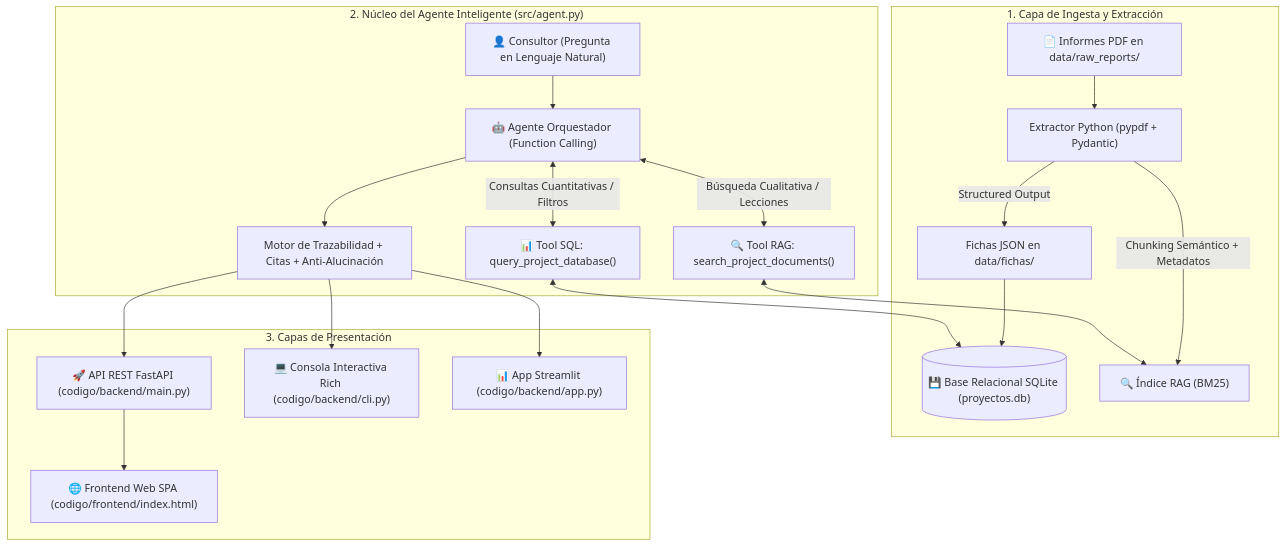
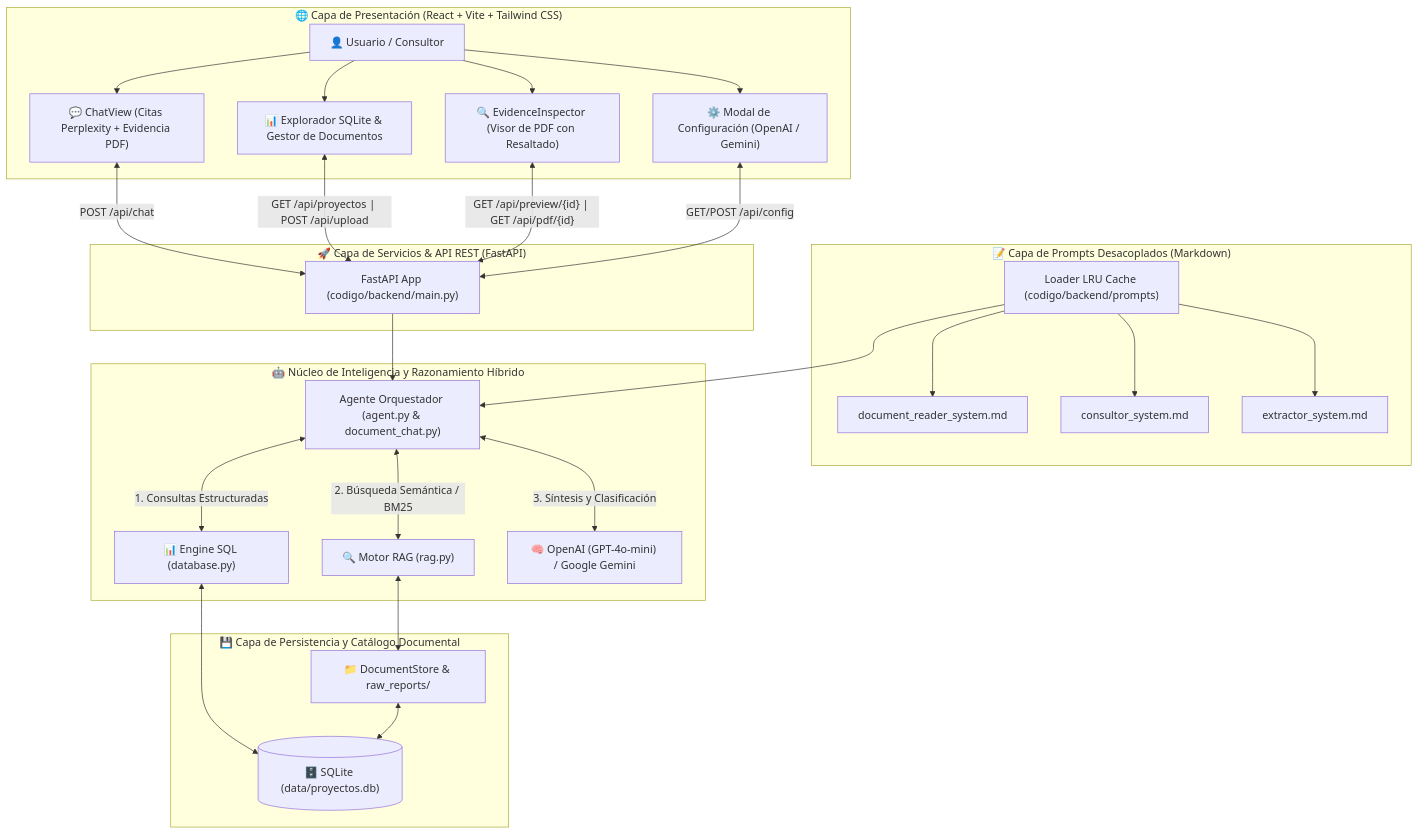
One commit to felipevillamil200/procesa-ai-consulting-agent changed the diagram in README.md. Above: the diagram before and after it, drawn with Mermaid. The commit also changed other lines of this file, not shown here.

Commit message:
docs: actualizar seccion 2 arquitectura y seccion 3 estructura de codigo en README.md

````diff
--- a/README.md
+++ b/README.md
@@ -56,28 +56,41 @@
 ```mermaid
 flowchart TD
-    subgraph Ingestion ["1. Capa de Ingesta y Extracción"]
-        PDFs["📄 Informes PDF en data/raw_reports/"] --> Extractor["Extractor Python (pypdf + Pydantic)"]
-        Extractor -->|"Structured Output"| JSONs["Fichas JSON en data/fichas/"]
-        JSONs --> SQLite[("💾 Base Relacional SQLite (proyectos.db)")]
-        Extractor -->|"Chunking Semántico + Metadatos"| RAGIndex["🔍 Índice RAG (BM25)"]
+    subgraph UI ["🌐 Capa de Presentación (React + Vite + Tailwind CSS)"]
+        User["👤 Usuario / Consultor"] --> ChatUI["💬 ChatView (Citas Perplexity + Evidencia PDF)"]
+        User --> ExplorerUI["📊 Explorador SQLite & Gestor de Documentos"]
+        User --> InspectorUI["🔍 EvidenceInspector (Visor de PDF con Resaltado)"]
+        User --> ConfigUI["⚙️ Modal de Configuración (OpenAI / Gemini)"]
     end
 
-    subgraph AgentCore ["2. Núcleo del Agente Inteligente (src/agent.py)"]
-        Consultor["👤 Consultor (Pregunta en Lenguaje Natural)"] --> Orchestrator["🤖 Agente Orquestador (Function Calling)"]
-        
-        Orchestrator <-->|"Consultas Cuantitativas / Filtros"| ToolSQL["📊 Tool SQL: query_project_database()"]
-        Orchestrator <-->|"Búsqueda Cualitativa / Lecciones"| ToolRAG["🔍 Tool RAG: search_project_documents()"]
-        
-        ToolSQL <--> SQLite
-        ToolRAG <--> RAGIndex
-        
-        Orchestrator --> TraceEngine["Motor de Trazabilidad + Citas + Anti-Alucinación"]
+    subgraph Backend ["🚀 Capa de Servicios & API REST (FastAPI)"]
+        API["FastAPI App (codigo/backend/main.py)"]
+        ChatUI <-->|"POST /api/chat"| API
+        ExplorerUI <-->|"GET /api/proyectos | POST /api/upload"| API
+        InspectorUI <-->|"GET /api/preview/{id} | GET /api/pdf/{id}"| API
+        ConfigUI <-->|"GET/POST /api/config"| API
     end
 
-    subgraph Presentation ["3. Capas de Presentación"]
-        TraceEngine --> API["🚀 API REST FastAPI (codigo/backend/main.py)"]
-        API --> WebSPA["🌐 Frontend Web SPA (codigo/frontend/index.html)"]
-        TraceEngine --> CLI["💻 Consola Interactiva Rich (codigo/backend/cli.py)"]
-        TraceEngine --> StreamlitApp["📊 App Streamlit (codigo/backend/app.py)"]
+    subgraph PromptsLayer ["📝 Capa de Prompts Desacoplados (Markdown)"]
+        PromptsEngine["Loader LRU Cache (codigo/backend/prompts)"]
+        PR_Doc["document_reader_system.md"]
+        PR_Cons["consultor_system.md"]
+        PR_Extr["extractor_system.md"]
+        PromptsEngine --> PR_Doc & PR_Cons & PR_Extr
+    end
+
+    subgraph AgentEngine ["🤖 Núcleo de Inteligencia y Razonamiento Híbrido"]
+        Orchestrator["Agente Orquestador (agent.py & document_chat.py)"]
+        API --> Orchestrator
+        PromptsEngine --> Orchestrator
+        
+        Orchestrator <-->|"1. Consultas Estructuradas"| SQLTool["📊 Engine SQL (database.py)"]
+        Orchestrator <-->|"2. Búsqueda Semántica / BM25"| RAGTool["🔍 Motor RAG (rag.py)"]
+        Orchestrator <-->|"3. Síntesis y Clasificación"| LLMProviders["🧠 OpenAI (GPT-4o-mini) / Google Gemini"]
+    end
+
+    subgraph Storage ["💾 Capa de Persistencia y Catálogo Documental"]
+        SQLTool <--> SQLiteDB[("🗄️ SQLite (data/proyectos.db)")]
+        RAGTool <--> DocStore["📁 DocumentStore & raw_reports/"]
+        DocStore <--> SQLiteDB
     end
 ```
````
